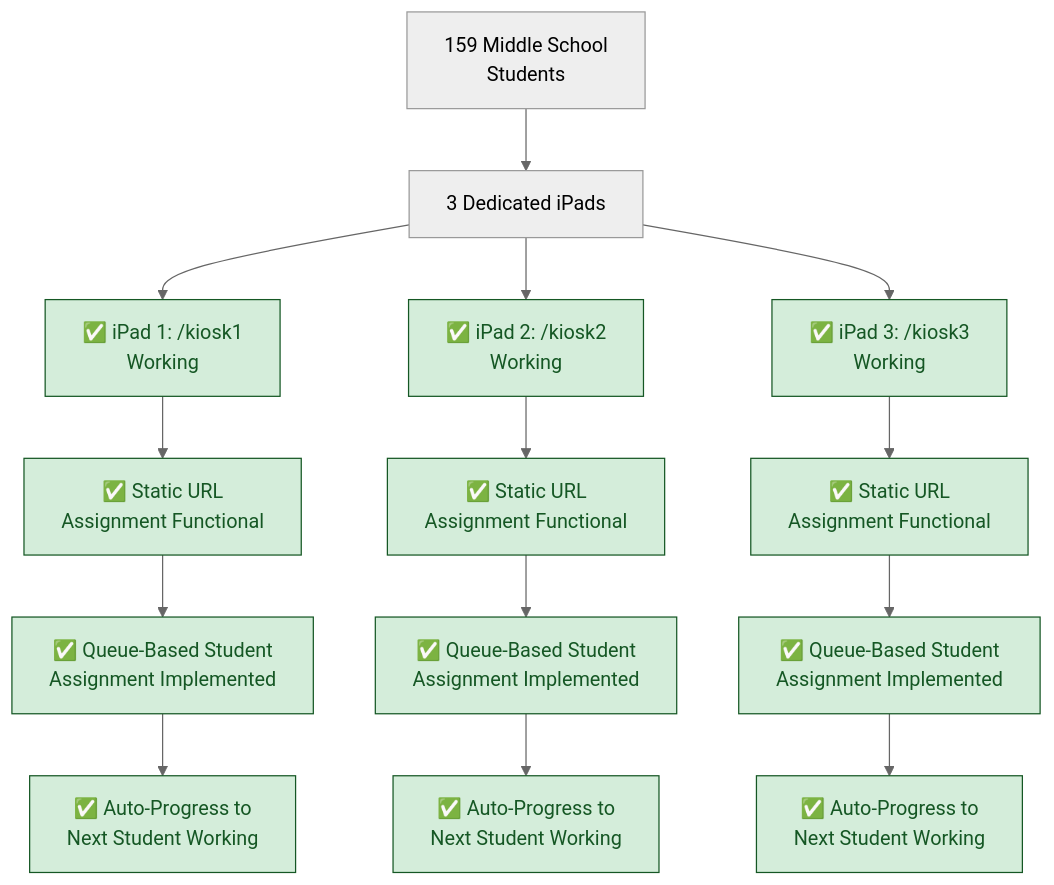
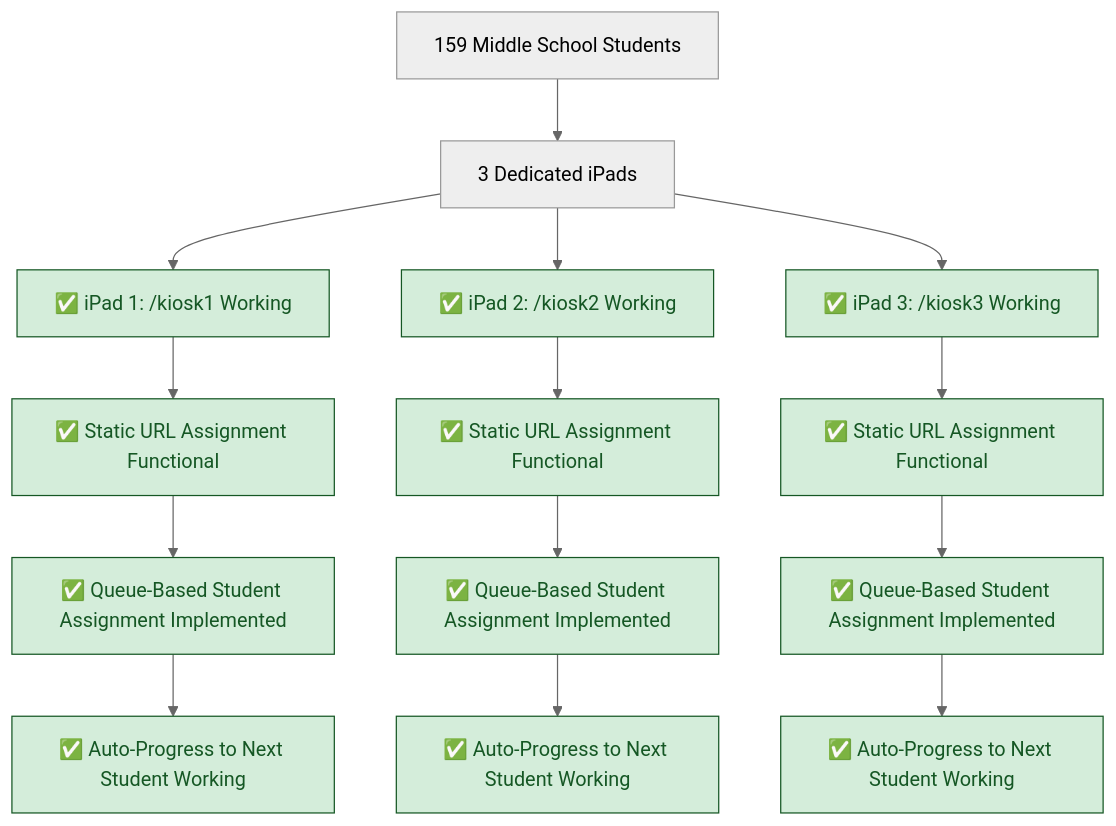
One commit to Splurfa/bx-os changed the first of 5 diagrams in docs/flowcharts/Current-State/02-current-kiosk-system-complete.md. Above: the diagram before and after it, drawn with Mermaid (neutral theme). The commit also changed other lines of this file and 7 other files, not shown here.

Commit message:
Fix Mermaid text wrapping

````diff
--- a/docs/flowcharts/Current-State/02-current-kiosk-system-complete.md
+++ b/docs/flowcharts/Current-State/02-current-kiosk-system-complete.md
@@ -9,25 +9,25 @@
 ```mermaid
 flowchart TD
-    A[159 Middle School<br/>Students] --> B[3 Dedicated iPads]
+    A["`159 Middle School Students`"] --> B["`3 Dedicated iPads`"]
     
-    B --> C[✅ iPad 1: /kiosk1<br/>Working]
-    B --> D[✅ iPad 2: /kiosk2<br/>Working]  
-    B --> E[✅ iPad 3: /kiosk3<br/>Working]
+    B --> C["`✅ iPad 1: /kiosk1 Working`"]
+    B --> D["`✅ iPad 2: /kiosk2 Working`"]  
+    B --> E["`✅ iPad 3: /kiosk3 Working`"]
     
-    C --> F[✅ Static URL<br/>Assignment Functional]
-    D --> G[✅ Static URL<br/>Assignment Functional]
-    E --> H[✅ Static URL<br/>Assignment Functional]
+    C --> F["`✅ Static URL Assignment Functional`"]
+    D --> G["`✅ Static URL Assignment Functional`"]
+    E --> H["`✅ Static URL Assignment Functional`"]
     
-    F --> I[✅ Queue-Based Student<br/>Assignment Implemented]
-    G --> J[✅ Queue-Based Student<br/>Assignment Implemented]
-    H --> K[✅ Queue-Based Student<br/>Assignment Implemented]
+    F --> I["`✅ Queue-Based Student Assignment Implemented`"]
+    G --> J["`✅ Queue-Based Student Assignment Implemented`"]
+    H --> K["`✅ Queue-Based Student Assignment Implemented`"]
     
-    I --> L[✅ Auto-Progress to<br/>Next Student Working]
-    J --> M[✅ Auto-Progress to<br/>Next Student Working]
-    K --> N[✅ Auto-Progress to<br/>Next Student Working]
+    I --> L["`✅ Auto-Progress to Next Student Working`"]
+    J --> M["`✅ Auto-Progress to Next Student Working`"]
+    K --> N["`✅ Auto-Progress to Next Student Working`"]
     
     classDef working fill:#d4edda,stroke:#155724,color:#155724
     classDef functional fill:#cce5ff,stroke:#0066cc,color:#0066cc
     
     class C,D,E,F,G,H,I,J,K,L,M,N working
 ```
````
